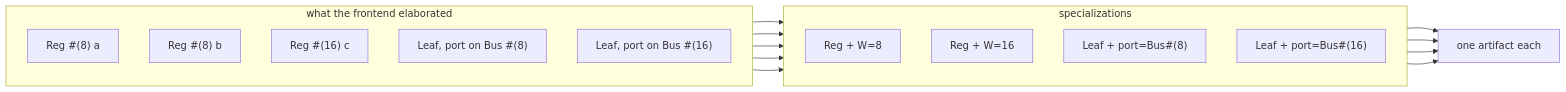
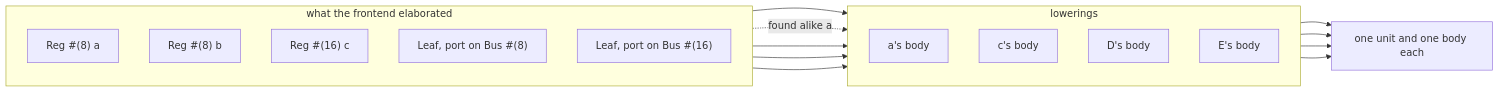
One commit to hankhsu1996/lyra changed the first of 2 diagrams in docs/architecture/specialization_model.md. Above: the diagram before and after it, drawn with Mermaid. The commit also changed other lines of this file and 133 other files, not shown here.

````diff
--- a/docs/architecture/specialization_model.md
+++ b/docs/architecture/specialization_model.md
@@ -40,27 +47,27 @@
 ```mermaid
 flowchart LR
   subgraph W["what the frontend elaborated"]
     direction TB
     A["Reg #(8) a"]
     B["Reg #(8) b"]
     C["Reg #(16) c"]
     D["Leaf, port on Bus #(8)"]
     E["Leaf, port on Bus #(16)"]
   end
-  subgraph S["specializations"]
+  subgraph S["lowerings"]
     direction TB
-    S1["Reg + W=8"]
-    S2["Reg + W=16"]
-    S3["Leaf + port=Bus#(8)"]
-    S4["Leaf + port=Bus#(16)"]
+    S1["a's body"]
+    S2["c's body"]
+    S3["D's body"]
+    S4["E's body"]
   end
   A --> S1
-  B --> S1
+  B -. "found alike a" .-> S1
   C --> S2
   D --> S3
   E --> S4
-  S1 --> R1["one artifact each"]
+  S1 --> R1["one unit and one body each"]
   S2 --> R1
   S3 --> R1
   S4 --> R1
 ```
````
